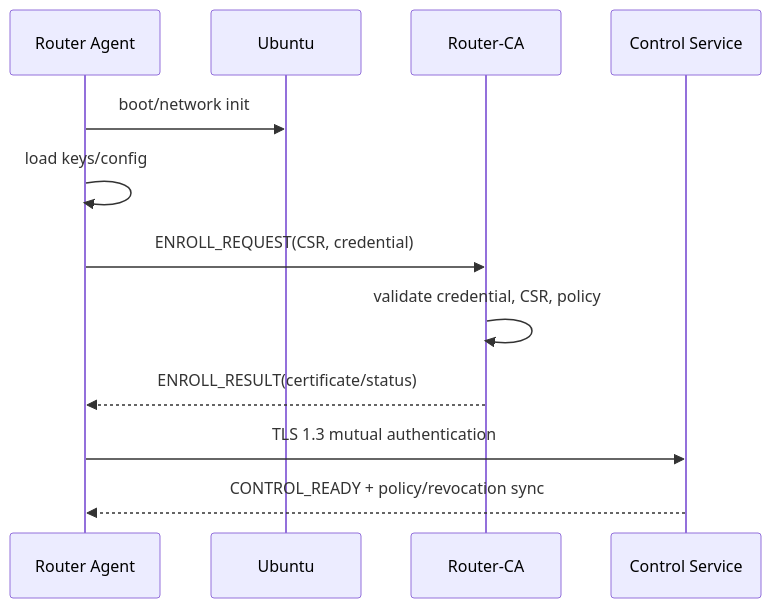
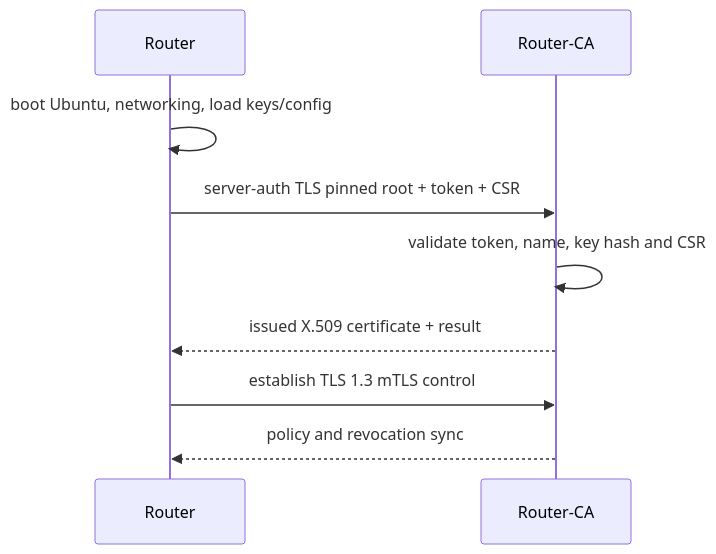
One commit to TamilSelvam22112003/Nls-NexOS-Core-v0.1.1 changed the second of 6 diagrams in docs/ARCHITECTURE.md. Above: the diagram before and after it, drawn with Mermaid. The commit also changed other lines of this file, not shown here.

````diff
--- a/docs/ARCHITECTURE.md
+++ b/docs/ARCHITECTURE.md
@@ -19,14 +23,11 @@
 ```mermaid
 sequenceDiagram
- participant R as Router Agent
- participant OS as Ubuntu
- participant CA as Router-CA
- participant C as Control Service
- R->>OS: boot/network init
- R->>R: load keys/config
- R->>CA: ENROLL_REQUEST(CSR, credential)
- CA->>CA: validate credential, CSR, policy
- CA-->>R: ENROLL_RESULT(certificate/status)
- R->>C: TLS 1.3 mutual authentication
- C-->>R: CONTROL_READY + policy/revocation sync
+  participant R as Router
+  participant CA as Router-CA
+  R->>R: boot Ubuntu, networking, load keys/config
+  R->>CA: server-auth TLS pinned root + token + CSR
+  CA->>CA: validate token, name, key hash and CSR
+  CA-->>R: issued X.509 certificate + result
+  R->>CA: establish TLS 1.3 mTLS control
+  CA-->>R: policy and revocation sync
 ```
````
